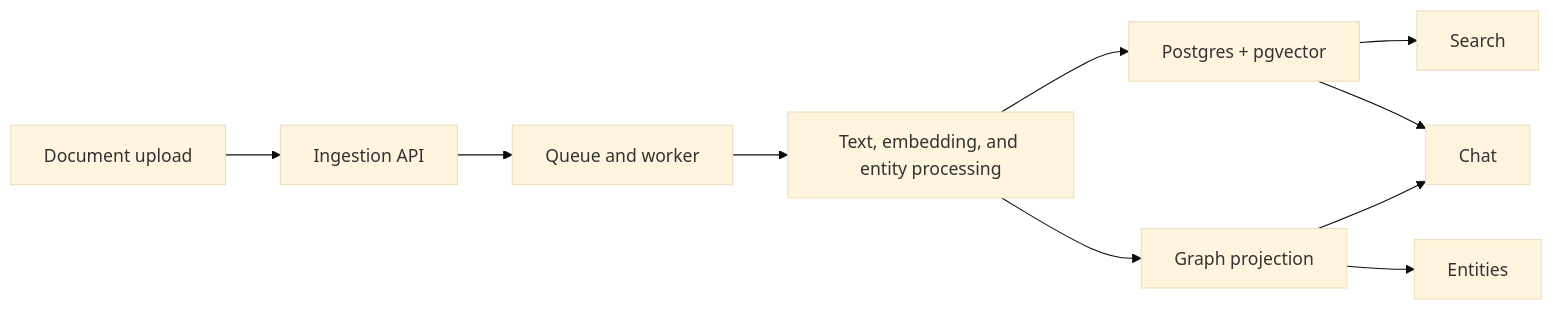
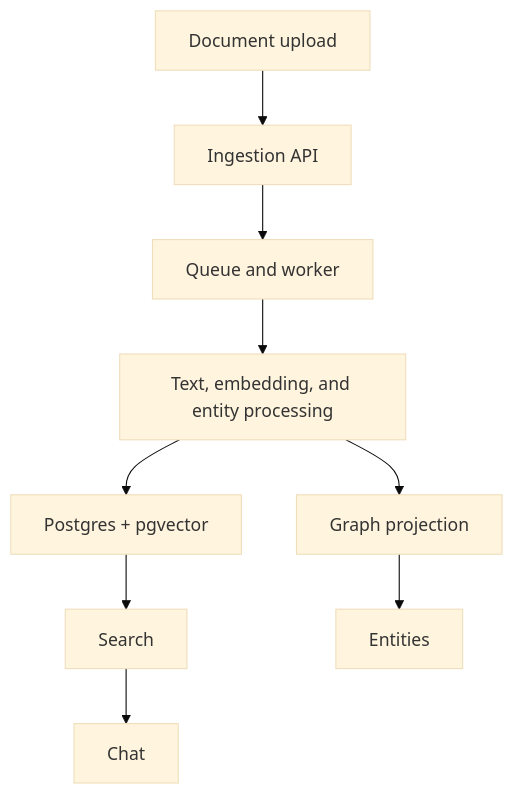
The diagram in README.md (drofnas/ragdoll), drawn with Mermaid (base theme) before and after one commit.

Commit message:
Narrow README architecture diagram

````diff
--- a/README.md
+++ b/README.md
@@ -17,12 +17,11 @@
 ```mermaid
-flowchart LR
+flowchart TD
   Upload["Document upload"] --> Ingestion["Ingestion API"]
   Ingestion --> Queue["Queue and worker"]
   Queue --> Processing["Text, embedding, and entity processing"]
   Processing --> Storage["Postgres + pgvector"]
   Processing --> Graph["Graph projection"]
   Storage --> Search["Search"]
-  Storage --> Chat["Chat"]
+  Search --> Chat["Chat"]
   Graph --> Entities["Entities"]
-  Graph --> Chat
 ```
````
